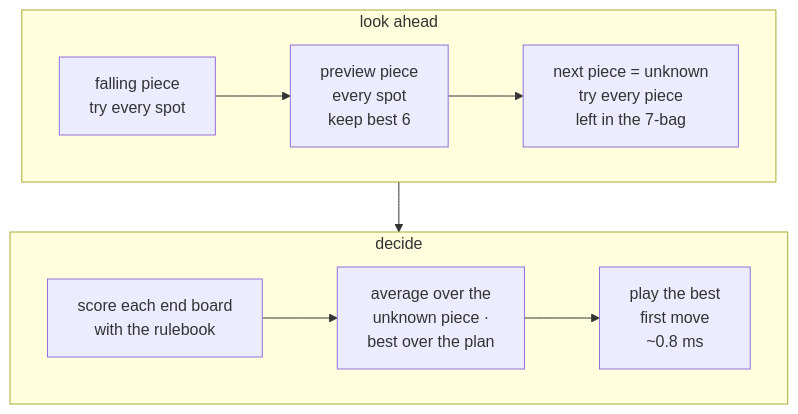
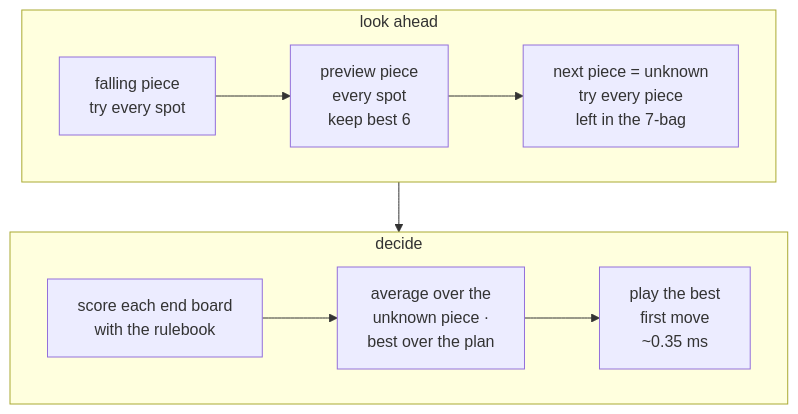
The fourth of 5 diagrams in .docs/06_game_arenas/tetris_lane_flows.md (katopz/katgpt-rs), drawn with Mermaid before and after one commit. The commit also changed 1 other file, not shown here.

Commit message:
docs(892): lane-flow figure — rulebook ~0.8 → ~0.35 ms after the bitmap Board (3d13f072b)
Site walk re-recorded at 3d13f072b: p50 0.349 / 0.354 / 0.354 ms per
decision, same game (20600 / 115 / 15).
PROVENANCE: power=AC Power load=3.96 powermode=2(high).

Session: katgpt-rs-6c43, 1790332500

````diff
--- a/.docs/06_game_arenas/tetris_lane_flows.md
+++ b/.docs/06_game_arenas/tetris_lane_flows.md
@@ -74,14 +74,14 @@
 ```mermaid
 %% file: tetris_flow_rulebook.svg
 %% aria: KatGPT rulebook search: try every spot for the falling piece, every spot for the preview piece keeping the best six, then every piece still left in the bag; score each end board with the strategy rulebook, average over the unknown piece, take the best plan, and play its first move, in under a millisecond
 flowchart TB
     subgraph R1["look ahead"]
         direction LR
         A["falling piece<br/>try every spot"] --> B["preview piece<br/>every spot<br/>keep best 6"] --> C["next piece = unknown<br/>try every piece<br/>left in the 7-bag"]
     end
     subgraph R2["decide"]
         direction LR
-        V["score each end board<br/>with the rulebook"] --> G["average over the<br/>unknown piece ·<br/>best over the plan"] --> P["play the best<br/>first move<br/>~0.8 ms"]
+        V["score each end board<br/>with the rulebook"] --> G["average over the<br/>unknown piece ·<br/>best over the plan"] --> P["play the best<br/>first move<br/>~0.35 ms"]
     end
     C --> V
 ```
````
